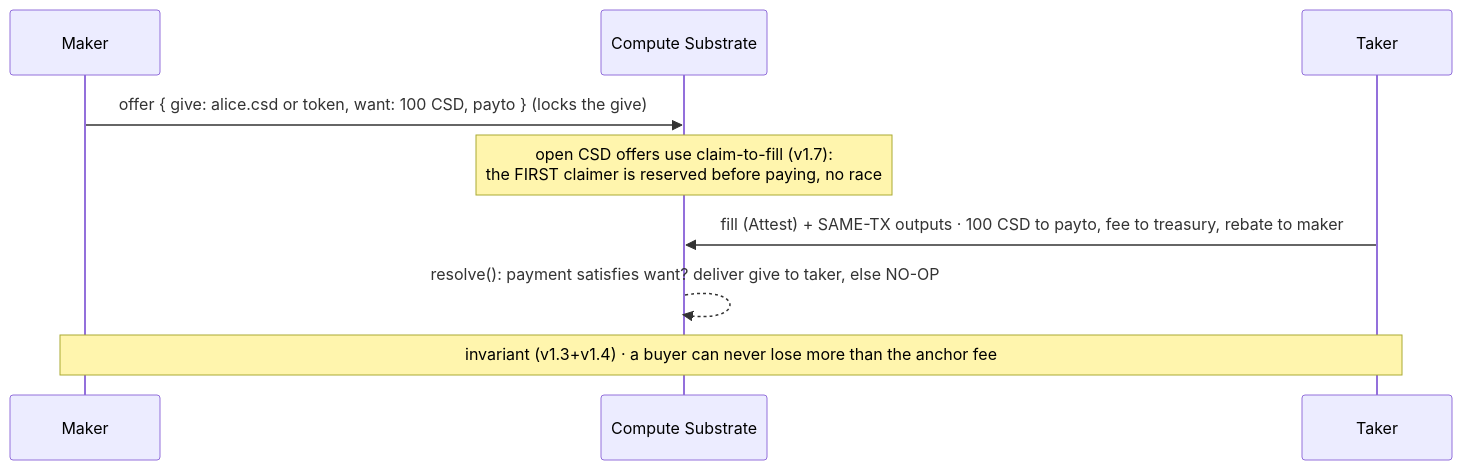
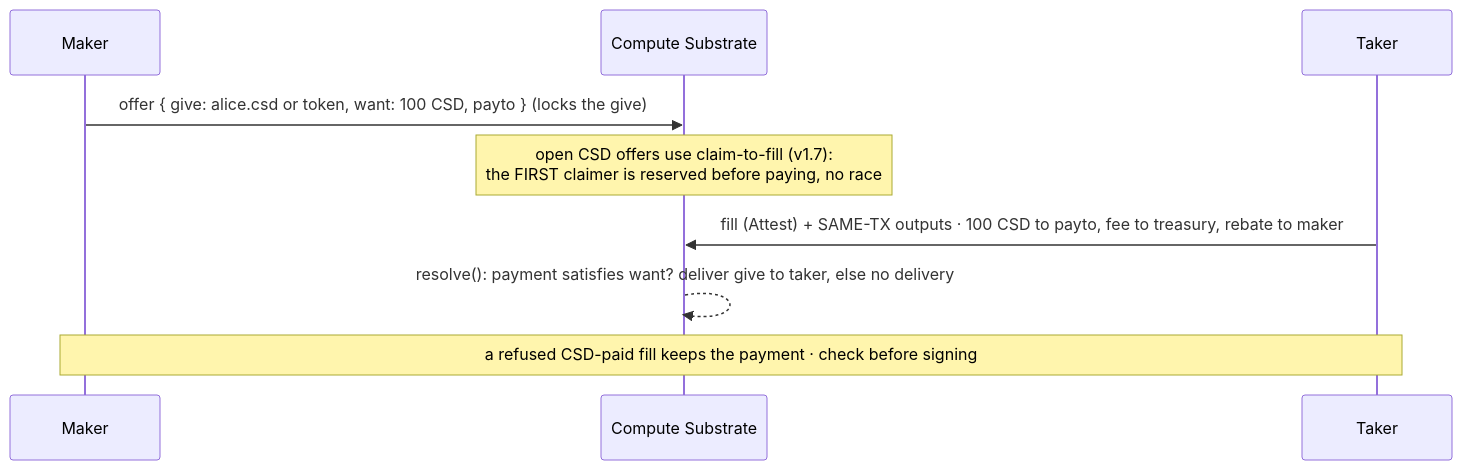
The fourth of 4 diagrams in packages/cairnx/README.md (InverseAltruism/csd-sdk), drawn with Mermaid before and after one commit. The commit also changed other lines of this file and 7 other files, not shown here.

````diff
--- a/packages/cairnx/README.md
+++ b/packages/cairnx/README.md
@@ -201,11 +206,11 @@
 ```mermaid
 sequenceDiagram
   participant Maker
   participant Chain as Compute Substrate
   participant Taker
   Maker->>Chain: offer { give: alice.csd or token, want: 100 CSD, payto }  (locks the give)
   Note over Chain: open CSD offers use claim-to-fill (v1.7):<br/>the FIRST claimer is reserved before paying, no race
   Taker->>Chain: fill (Attest) + SAME-TX outputs · 100 CSD to payto, fee to treasury, rebate to maker
-  Chain-->>Chain: resolve(): payment satisfies want? deliver give to taker, else NO-OP
-  Note over Maker,Taker: invariant (v1.3+v1.4) · a buyer can never lose more than the anchor fee
+  Chain-->>Chain: resolve(): payment satisfies want? deliver give to taker, else no delivery
+  Note over Maker,Taker: a refused CSD-paid fill keeps the payment · check before signing
 ```
````
